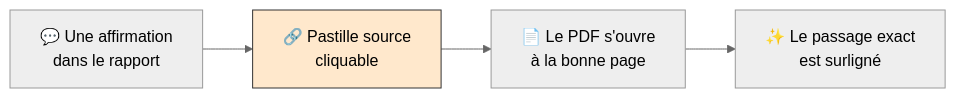
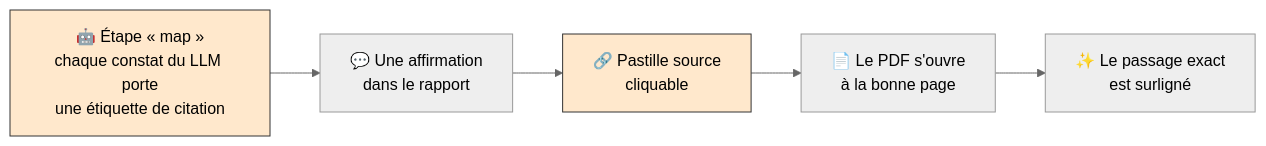
The seventh of 10 diagrams in docs/presentation/01_DIAGRAMMES_MERMAID.md (louisclzzzzzzz/AOP-app-v2), drawn with Mermaid (neutral theme) before and after one commit. The commit also changed other lines of this file, not shown here.

First line of the commit message:
Rend les diagrammes Mermaid un peu plus techniques

````diff
--- a/docs/presentation/01_DIAGRAMMES_MERMAID.md
+++ b/docs/presentation/01_DIAGRAMMES_MERMAID.md
@@ -127,8 +133,10 @@
 ```mermaid
 flowchart LR
-    AFF["💬 Une affirmation<br/>dans le rapport"] --> CHIP["🔗 Pastille source<br/>cliquable"]
+    MAP["🤖 Étape « map »<br/>chaque constat du LLM porte<br/>une étiquette de citation"] --> AFF["💬 Une affirmation<br/>dans le rapport"]
+    AFF --> CHIP["🔗 Pastille source<br/>cliquable"]
     CHIP --> PREVIEW["📄 Le PDF s'ouvre<br/>à la bonne page"]
     PREVIEW --> HL["✨ Le passage exact<br/>est surligné"]
 
+    style MAP fill:#ffe8cc,stroke:#333
     style CHIP fill:#ffe8cc,stroke:#333
 ```
````
